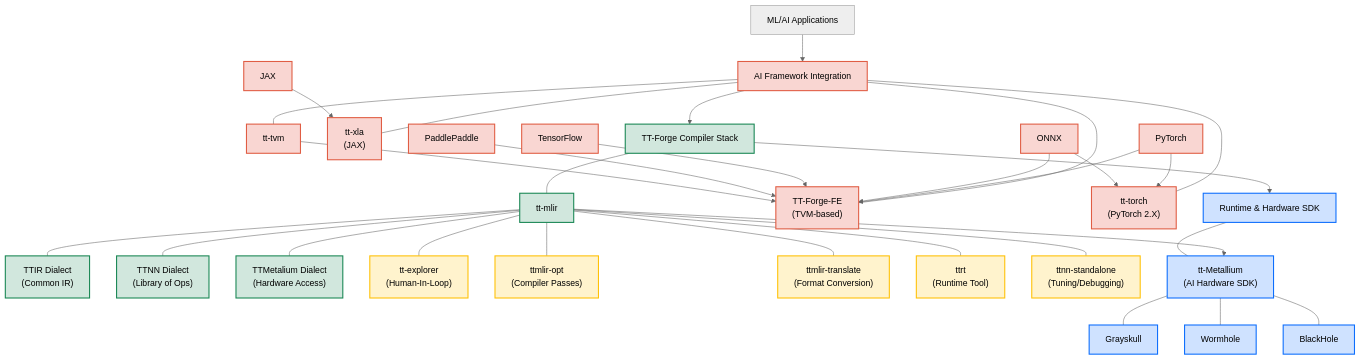
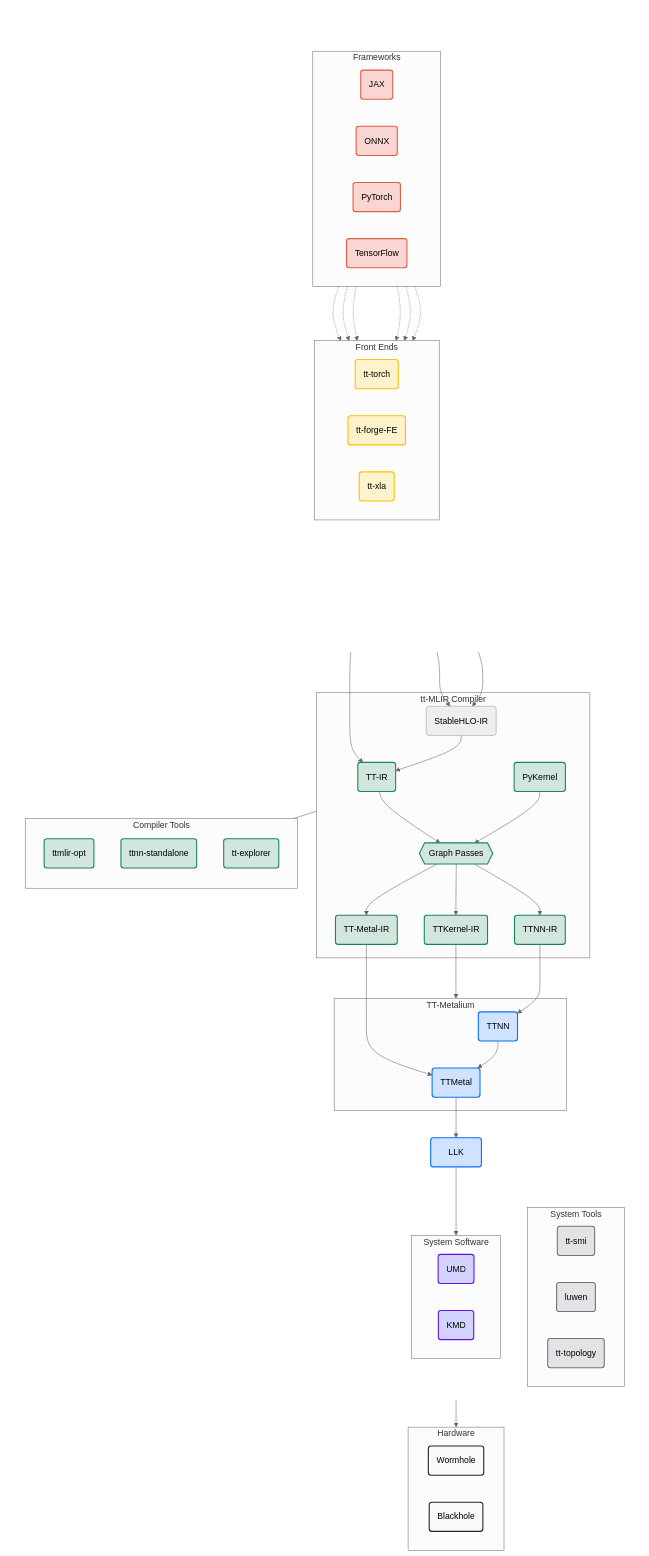
The diagram in README.md (tenstorrent/tt-forge), drawn with Mermaid (neutral theme) before and after one commit.

Commit message:
Update architecture diagram with comprehensive flowchart design

````diff
--- a/README.md
+++ b/README.md
@@ -41,72 +41,194 @@
 ```mermaid
-graph TD
-    %% Define styles
+flowchart TD
+    %% Define styles for the diagram
     classDef frameworks fill:#f9d6d2,stroke:#e05d44,stroke-width:2px
+    classDef frontends fill:#fff3cd,stroke:#ffc107,stroke-width:2px
     classDef compiler fill:#d1e7dd,stroke:#198754,stroke-width:2px
     classDef runtime fill:#cfe2ff,stroke:#0d6efd,stroke-width:2px
-    classDef hardware fill:#e2e3e5,stroke:#6c757d,stroke-width:2px
-    classDef tools fill:#fff3cd,stroke:#ffc107,stroke-width:2px
+    classDef system fill:#e2e3e5,stroke:#6c757d,stroke-width:2px
+    classDef software fill:#d3d3ff,stroke:#6610f2,stroke-width:2px
+    classDef hardware fill:#f8f9fa,stroke:#212529,stroke-width:2px
+    classDef invisible opacity:0,fill:none,stroke:none
     
-    %% Main components in strict vertical alignment
-    USER[ML/AI Applications]
-    FrameworksBox[AI Framework Integration]
-    CompilerBox[TT-Forge Compiler Stack]
-    RuntimeBox[Runtime & Hardware SDK]
+    %% Top level layout with invisible container to center frameworks
+    subgraph TopLevel[" "]
+        direction LR
+        
+        %% Left spacer (invisible)
+        LeftSpacer[" "]:::invisible
+        
+        %% Center container for frameworks
+        subgraph FrameworksContainer[" "]
+            direction TB
+            %% Top level frameworks
+            subgraph Frameworks["&nbsp;&nbsp;&nbsp;&nbsp;Frameworks&nbsp;&nbsp;&nbsp;&nbsp;"]
+                direction LR
+                JAX("JAX")
+                ONX("ONNX")
+                PYTORCH("PyTorch")
+                TF("TensorFlow")
+            end
+            
+            %% Front-ends
+            subgraph FrontEnds["&nbsp;&nbsp;&nbsp;&nbsp;&nbsp;&nbsp;&nbsp;&nbsp;Front Ends&nbsp;&nbsp;&nbsp;&nbsp;&nbsp;&nbsp;&nbsp;&nbsp;"]
+                direction LR
+                %% Add extra spacing between frontend components
+                TT_TORCH("tt-torch")
+                TT_FORGE_FE("tt-forge-FE")
+                TT_XLA("tt-xla")
+            end
+        end
+        
+        %% Right spacer (invisible)
+        RightSpacer[" "]:::invisible
+    end
     
-    %% Force vertical flow
-    USER --> FrameworksBox
-    FrameworksBox --> CompilerBox
-    CompilerBox --> RuntimeBox
+    %% Style invisible containers
+    TopLevel:::invisible
+    FrameworksContainer:::invisible
     
-    %% Framework components positioned inside their box
-    FrameworksBox --- FORGE_FE["TT-Forge-FE<br>(TVM-based)"]
-    FrameworksBox --- TORCH["tt-torch<br>(PyTorch 2.X)"]
-    FrameworksBox --- XLA["tt-xla<br>(JAX)"]
-    FrameworksBox --- TVM["tt-tvm"]
+    %% Compiler sections side by side
+    subgraph CompilerLayer["Compiler Layer"]
+        %% tt-MLIR Compiler section
+        subgraph TTMLIR["&nbsp;&nbsp;&nbsp;&nbsp;tt-MLIR Compiler&nbsp;&nbsp;&nbsp;&nbsp;"]
+            TTIR("TT-IR")
+            STABLEHLO("StableHLO-IR")
+            PYKERNEL("PyKernel")
+            %% Graph Passes - using hexagon shape
+            GRAPH_PASSES{{"Graph Passes"}}
+            TTMETAL_IR("TT-Metal-IR")
+            TTNN("TTNN-IR")
+            TTKERNEL("TTKernel-IR")
+            
+            %% Connect PyKernel to Graph Passes
+            PYKERNEL --> GRAPH_PASSES
+            
+            %% Connect Graph Passes to IRs
+            GRAPH_PASSES --> TTKERNEL
+            GRAPH_PASSES --> TTNN
+            GRAPH_PASSES --> TTMETAL_IR
+        end
+        
+        %% Compiler Tools section with vertical layout
+        subgraph CompilerTools["&nbsp;&nbsp;&nbsp;&nbsp;Compiler Tools&nbsp;&nbsp;&nbsp;&nbsp;"]
+            direction TB
+            TTMLIROPT("ttmlir-opt")
+            TTNNSTANDALONE("ttnn-standalone")
+            TTEXPLORER("tt-explorer")
+        end
+    end
     
-    %% Input models
-    PYTORCH["PyTorch"] --> FORGE_FE & TORCH
-    ONNX["ONNX"] --> FORGE_FE & TORCH
-    TF["TensorFlow"] --> FORGE_FE
-    PADDLE["PaddlePaddle"] --> FORGE_FE
-    JAX["JAX"] --> XLA
-    TVM --> FORGE_FE
+    %% Set direction for compiler sections to be side by side
+    CompilerLayer:::none
+    TTMLIR --- CompilerTools
     
-    %% Compiler components
-    CompilerBox --- MLIR["tt-mlir"]
+    %% TT-Metalium section
+    subgraph TTMETALIUM["&nbsp;&nbsp;&nbsp;&nbsp;TT-Metalium&nbsp;&nbsp;&nbsp;&nbsp;"]
+        TTNN_HW("TTNN")
+        TTMETAL("TTMetal")
+        
+        %% Connect TTNN to TTMetal within TT-Metalium
+        TTNN_HW --> TTMETAL
+    end
     
-    %% MLIR Dialects
-    MLIR --- TTIR["TTIR Dialect<br>(Common IR)"]
-    MLIR --- TTNN["TTNN Dialect<br>(Library of Ops)"]
-    MLIR --- TTMETAL["TTMetalium Dialect<br>(Hardware Access)"]
+    %% LLK outside of TT-Metalium
+    LLK("&nbsp;&nbsp;&nbsp;&nbsp;LLK&nbsp;&nbsp;&nbsp;&nbsp;")
     
-    %% Compiler Tools
-    MLIR --- EXPLORER["tt-explorer<br>(Human-In-Loop)"]
-    MLIR --- TTMLIR_OPT["ttmlir-opt<br>(Compiler Passes)"]
-    MLIR --- TTMLIR_TRANSLATE["ttmlir-translate<br>(Format Conversion)"]
-    MLIR --- TTRT["ttrt<br>(Runtime Tool)"]
-    MLIR --- TTNN_STANDALONE["ttnn-standalone<br>(Tuning/Debugging)"]
+    %% System Tools and System Software sections side by side
+    subgraph SystemLayer["System Layer"]
+        %% System Tools section
+        subgraph SystemTools["&nbsp;&nbsp;&nbsp;&nbsp;System Tools&nbsp;&nbsp;&nbsp;&nbsp;"]
+            TTSMI("tt-smi")
+            LUWEN("luwen")
+            TTTOPOLOGY("tt-topology")
+        end
+        
+        %% System Software section
+        subgraph SystemSoftware["&nbsp;&nbsp;&nbsp;&nbsp;System Software&nbsp;&nbsp;&nbsp;&nbsp;"]
+            UMD("UMD")
+            KMD("KMD")
+        end
+    end
     
-    %% Direct connection to runtime
-    MLIR --> METAL["tt-Metallium<br>(AI Hardware SDK)"]
+    %% Set direction for system sections to be side by side
+    SystemLayer:::none
     
-    %% Runtime components
-    RuntimeBox --- METAL
-    METAL --- GRAYSKULL["Grayskull"]
-    METAL --- WORMHOLE["Wormhole"]
-    METAL --- BLACKHOLE["BlackHole"]
+    %% Hardware section
+    subgraph Hardware["&nbsp;&nbsp;&nbsp;&nbsp;Hardware&nbsp;&nbsp;&nbsp;&nbsp;"]
+        WORMHOLE("Wormhole")
+        BLACKHOLE("Blackhole")
+    end
+    
+    %% Connect TTMetal to LLK, LLK to System Software, and System Layer to Hardware
+    TTMETAL --> LLK
+    LLK --> SystemSoftware
+    SystemLayer --> Hardware
+    
+    %% Connect frameworks to front-ends with longer arrows
+    ONX -.-> TT_TORCH
+    ONX -.-> TT_FORGE_FE
+    JAX -.-> TT_XLA
+    PYTORCH -.-> TT_TORCH
+    PYTORCH -.-> TT_FORGE_FE
+    TF -.-> TT_FORGE_FE
+    
+    %% Connect front-ends to tt-MLIR Compiler
+    TT_TORCH --> STABLEHLO
+    TT_XLA --> STABLEHLO
+    TT_FORGE_FE --> TTIR
+    
+    %% Connect tt-MLIR Compiler components
+    STABLEHLO --> TTIR
+    TTIR --> GRAPH_PASSES
+    
+    %% Connect IRs to hardware
+    TTNN --> TTNN_HW
+    TTMETAL_IR --> TTMETAL
+    TTKERNEL --> TTMETALIUM
     
     %% Apply styles
-    class FrameworksBox,FORGE_FE,TORCH,XLA,TVM,PYTORCH,ONNX,TF,PADDLE,JAX frameworks
-    class CompilerBox,MLIR,TTIR,TTNN,TTMETAL compiler
-    class EXPLORER,TTMLIR_OPT,TTMLIR_TRANSLATE,TTRT,TTNN_STANDALONE tools
-    class RuntimeBox,METAL,GRAYSKULL,WORMHOLE,BLACKHOLE runtime
+    class ONX,JAX,PYTORCH,TF frameworks
+    class TT_TORCH,TT_XLA,TT_FORGE_FE frontends
+    class TTIR,TTKERNEL,TTNN,TTMETAL_IR,GRAPH_PASSES,PYKERNEL,TTMLIROPT,TTNNSTANDALONE,TTEXPLORER compiler
+    class TTMETAL,TTNN_HW,LLK runtime
+    class TTSMI,LUWEN,TTTOPOLOGY system
+    class UMD,KMD software
+    class WORMHOLE,BLACKHOLE hardware
+    classDef none opacity:0,fill:none,stroke:none
+    class LeftSpacer,RightSpacer,TopLevel,FrameworksContainer invisible
     
-    %% Click actions
-    click FORGE_FE "https://github.com/tenstorrent/tt-forge-fe" "TT-Forge-FE Repository"
-    click TORCH "https://github.com/tenstorrent/tt-torch" "tt-torch Repository"
-    click XLA "https://github.com/tenstorrent/tt-xla" "tt-xla Repository"
-    click MLIR "https://github.com/tenstorrent/tt-mlir" "tt-mlir Repository"
-    click METAL "https://github.com/tenstorrent/tt-metal" "tt-Metallium Repository"
-    click TVM "https://github.com/tenstorrent/tt-tvm" "tt-tvm Repository"
+    %% Add clickable URLs to frontend components
+    click TT_XLA "https://github.com/tenstorrent/tt-xla" "tt-xla GitHub Repository" _blank
+    click TT_TORCH "https://github.com/tenstorrent/tt-torch" "tt-torch GitHub Repository" _blank
+    click TT_FORGE_FE "https://github.com/tenstorrent/tt-forge-fe" "tt-forge-fe GitHub Repository" _blank
+    
+    %% Add clickable URLs to IR components
+    click TTKERNEL "https://github.com/tenstorrent/tt-mlir/tree/main/lib/Dialect/TTKernel/IR" "TTKernel-IR GitHub Repository" _blank
+    click TTIR "https://github.com/tenstorrent/tt-mlir/tree/main/lib/Dialect/TTIR/IR" "TT-IR GitHub Repository" _blank
+    click TTMETAL_IR "https://github.com/tenstorrent/tt-mlir/tree/main/lib/Dialect/TTMetal/IR" "TT-Metal-IR GitHub Repository" _blank
+    click TTNN "https://github.com/tenstorrent/tt-mlir/tree/main/lib/Dialect/TTNN/IR" "TTNN-IR GitHub Repository" _blank
+    click PYKERNEL "https://github.com/tenstorrent/tt-mlir/tree/main/python/pykernel" "PyKernel GitHub Repository" _blank
+    click STABLEHLO "https://openxla.org/stablehlo/spec" "StableHLO Specification" _blank
+    
+    %% Add clickable URLs to System Software components
+    click UMD "https://github.com/tenstorrent/tt-umd" "UMD GitHub Repository" _blank
+    click KMD "https://github.com/tenstorrent/tt-kmd" "KMD GitHub Repository" _blank
+    
+    %% Add clickable URLs to System Tools components
+    click TTSMI "https://github.com/tenstorrent/tt-smi" "tt-smi GitHub Repository" _blank
+    click LUWEN "https://github.com/tenstorrent/luwen" "luwen GitHub Repository" _blank
+    click TTTOPOLOGY "https://github.com/tenstorrent/tt-kmd" "tt-topology GitHub Repository" _blank
+    
+    %% Add clickable URLs to TT-Metalium components
+    click TTMETAL "https://github.com/tenstorrent/tt-metal" "TTMetal GitHub Repository" _blank
+    click TTNN_HW "https://github.com/tenstorrent/tt-metal/tree/main/ttnn" "TTNN GitHub Repository" _blank
+    click LLK "https://github.com/tenstorrent/tt-llk" "LLK GitHub Repository" _blank
+    
+    %% Add clickable URLs to Compiler Tools components
+    click TTEXPLORER "https://github.com/tenstorrent/tt-mlir/tree/main/tools/explorer" "tt-explorer GitHub Repository" _blank
+    click TTNNSTANDALONE "https://github.com/tenstorrent/tt-mlir/tree/main/tools/ttnn-standalone" "ttnn-standalone GitHub Repository" _blank
+    click TTMLIROPT "https://github.com/tenstorrent/tt-mlir/tree/main/tools/ttmlir-opt" "ttmlir-opt GitHub Repository" _blank
+    
+    %% Add clickable URLs to Hardware components
+    click WORMHOLE "https://tenstorrent.com/hardware/wormhole" "Wormhole Hardware Product Page" _blank
 ```
````
